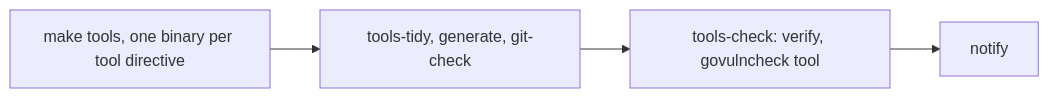
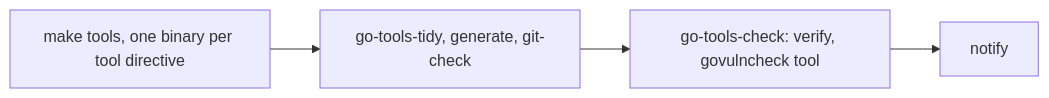
One commit to octomation/maintainer changed the fifth of 10 diagrams in .github/workflows/README.md. Above: the diagram before and after it, drawn with Mermaid. The commit also changed other lines of this file and 4 other files, not shown here.

Commit message:
ci/cd: move ci, tools and dependabot to the go-tool targets and align the repository settings, issue #175

````diff
--- a/.github/workflows/README.md
+++ b/.github/workflows/README.md
@@ -158,4 +181,4 @@
 ```mermaid
 flowchart LR
-  install[make tools, one binary per tool directive] --> tidy[tools-tidy, generate, git-check] --> check[tools-check: verify, govulncheck tool] --> notify[notify]
+  install[make tools, one binary per tool directive] --> tidy[go-tools-tidy, generate, git-check] --> check[go-tools-check: verify, govulncheck tool] --> notify[notify]
 ```
````
